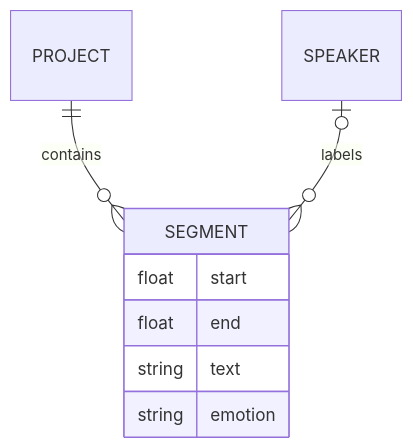
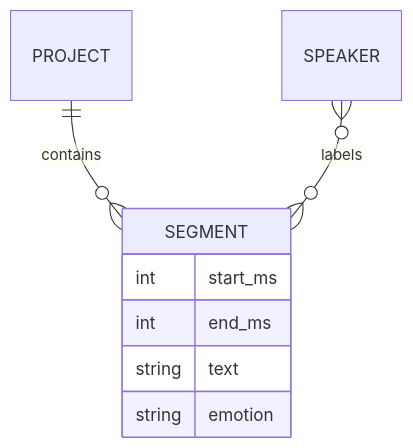
The diagram in web/src/features/thought-workshop/official/content/technical/audio-annotation.md (EmiyaredA/Future-Props-Lab), drawn with Mermaid before and after one commit. The commit also changed other lines of this file and 205 other files, not shown here.

````diff
--- a/web/src/features/thought-workshop/official/content/technical/audio-annotation.md
+++ b/web/src/features/thought-workshop/official/content/technical/audio-annotation.md
@@ -19,11 +23,11 @@
 ```mermaid
 erDiagram
   PROJECT ||--o{ SEGMENT : contains
-  SPEAKER |o--o{ SEGMENT : labels
+  SPEAKER }o--o{ SEGMENT : labels
   SEGMENT {
-    float start
-    float end
+    int start_ms
+    int end_ms
     string text
     string emotion
   }
 ```
````
